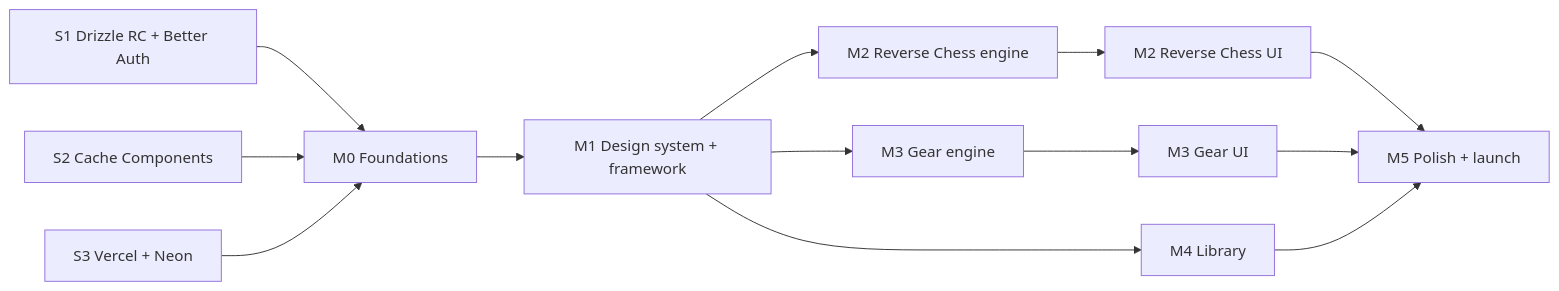
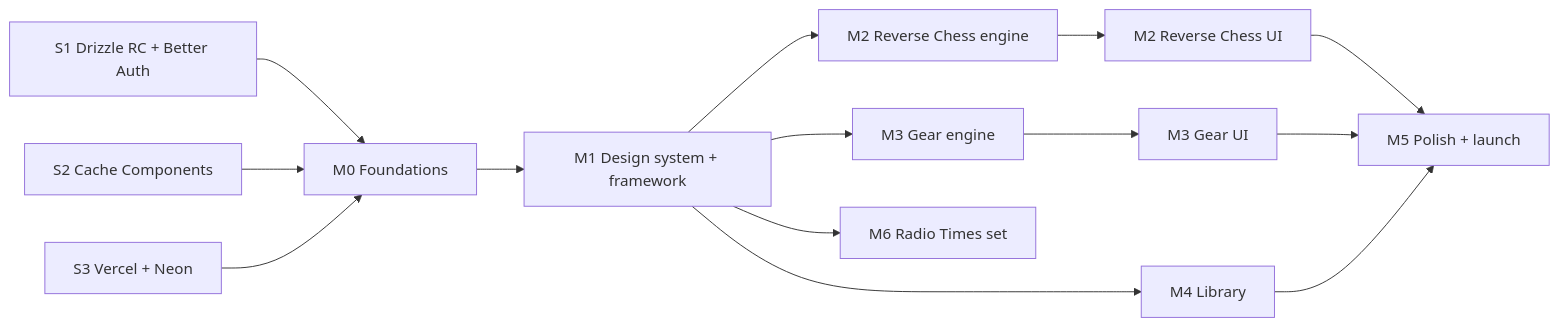
Before and after one commit to maxitect/ludwig: the diagram in docs/PLAN.md, drawn with Mermaid. The commit also changed other lines of this file, not shown here.

Commit message:
docs(plan): add M6 radio times milestone and E11 epic

````diff
--- a/docs/PLAN.md
+++ b/docs/PLAN.md
@@ -188,15 +204,16 @@
 ```mermaid
 graph LR
   S1[S1 Drizzle RC + Better Auth] --> M0
   S2[S2 Cache Components] --> M0
   S3[S3 Vercel + Neon] --> M0
   M0[M0 Foundations] --> M1[M1 Design system + framework]
   M1 --> RCE[M2 Reverse Chess engine]
   M1 --> GE[M3 Gear engine]
   RCE --> RCU[M2 Reverse Chess UI]
   GE --> GU[M3 Gear UI]
   M1 --> M4[M4 Library]
   RCU --> M5[M5 Polish + launch]
   GU --> M5
   M4 --> M5
+  M1 --> M6[M6 Radio Times set]
 ```
````
